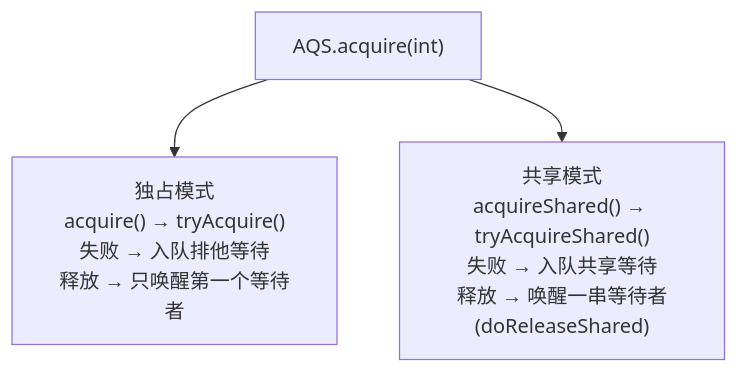
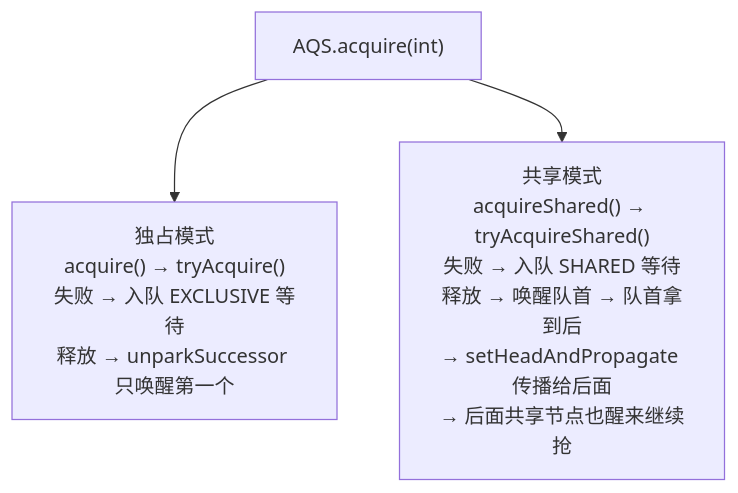
The fourth of 4 diagrams in content/posts/并发编程/AQS骨架设计——为什么Java并发工具都长在AQS上.md (guozy502/my-tech-blog), drawn with Mermaid before and after one commit. The commit also changed other lines of this file and 52 other files, not shown here.

````diff
--- a/content/posts/并发编程/AQS骨架设计——为什么Java并发工具都长在AQS上.md
+++ b/content/posts/并发编程/AQS骨架设计——为什么Java并发工具都长在AQS上.md
@@ -111,6 +222,6 @@
 ```mermaid
 flowchart TD
     MODE["AQS.acquire(int)"]
-    MODE --> X["独占模式\nacquire() → tryAcquire()\n失败 → 入队排他等待\n释放 → 只唤醒第一个等待者"]
-    MODE --> S["共享模式\nacquireShared() → tryAcquireShared()\n失败 → 入队共享等待\n释放 → 唤醒一串等待者\n(doReleaseShared)"]
+    MODE --> X["独占模式\nacquire() → tryAcquire()\n失败 → 入队 EXCLUSIVE 等待\n释放 → unparkSuccessor 只唤醒第一个"]
+    MODE --> S["共享模式\nacquireShared() → tryAcquireShared()\n失败 → 入队 SHARED 等待\n释放 → 唤醒队首 → 队首拿到后\n→ setHeadAndPropagate 传播给后面\n→ 后面共享节点也醒来继续抢"]
 ```
````
